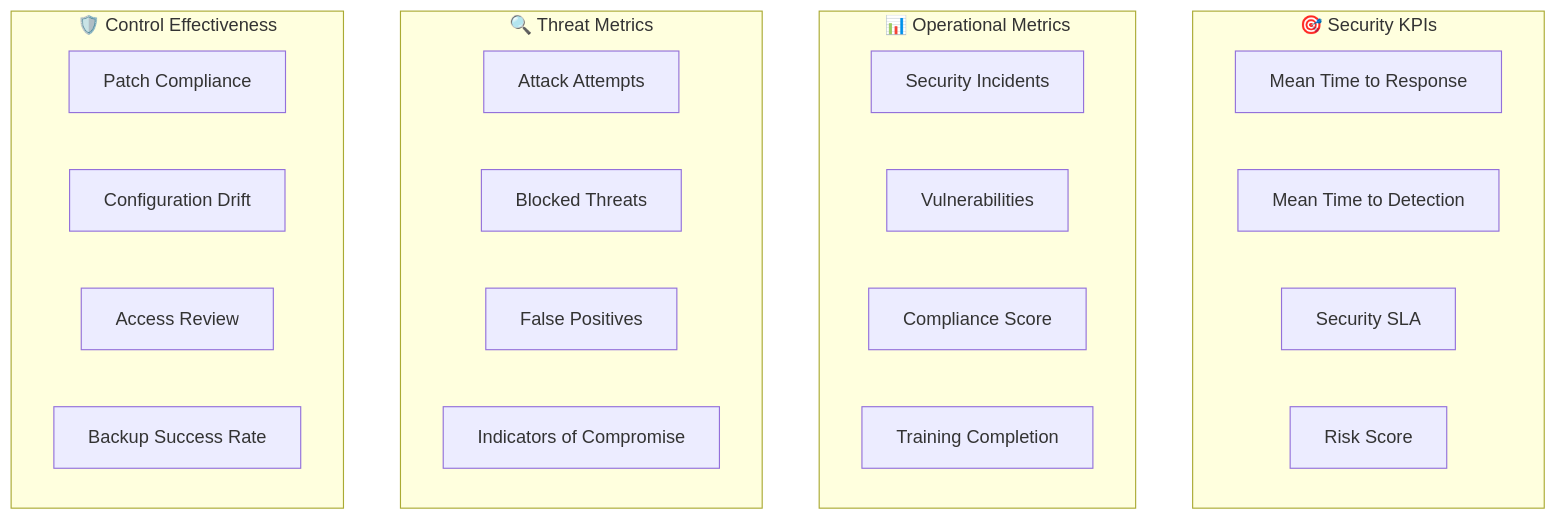
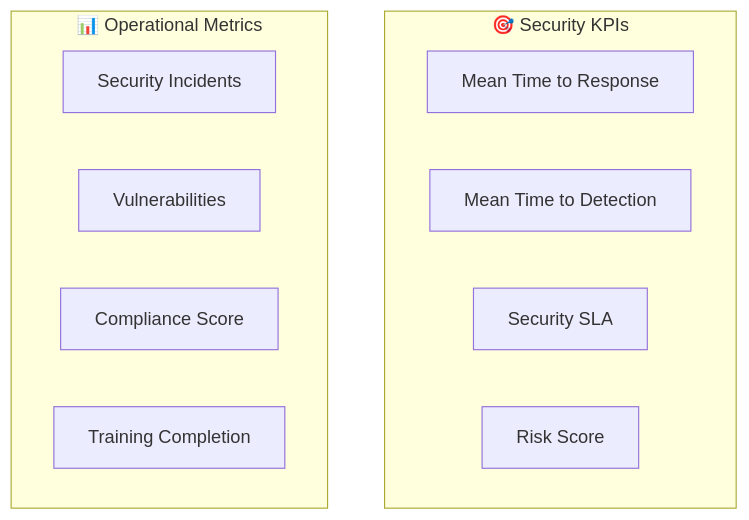
Diagram 17 of 21 in docs/030000_設計/039000_セキュリティ・運用設計/039010_セキュリティ・運用設計.md (daichiTAAA/AgentOpsPlatform), drawn with Mermaid before and after one commit. The commit also changed 2 other files, not shown here.

Commit message:
設計書を作成した

````diff
--- a/docs/030000_設計/039000_セキュリティ・運用設計/039010_セキュリティ・運用設計.md
+++ b/docs/030000_設計/039000_セキュリティ・運用設計/039010_セキュリティ・運用設計.md
@@ -843,30 +844,16 @@
 ```mermaid
 graph TD
     subgraph "🎯 Security KPIs"
         MTTR[Mean Time to Response]
         MTTD[Mean Time to Detection]
         SLA[Security SLA]
         RISK[Risk Score]
     end
     
     subgraph "📊 Operational Metrics"
         INCIDENTS[Security Incidents]
         VULNERABILITIES[Vulnerabilities]
         COMPLIANCE[Compliance Score]
         TRAINING[Training Completion]
     end
-    
-    subgraph "🔍 Threat Metrics"
-        ATTACKS[Attack Attempts]
-        BLOCKED[Blocked Threats]
-        FALSE_POS[False Positives]
-        IOC[Indicators of Compromise]
-    end
-    
-    subgraph "🛡️ Control Effectiveness"
-        PATCH_RATE[Patch Compliance]
-        CONFIG_DRIFT[Configuration Drift]
-        ACCESS_REVIEW[Access Review]
-        BACKUP_SUCCESS[Backup Success Rate]
-    end
 ```
````
